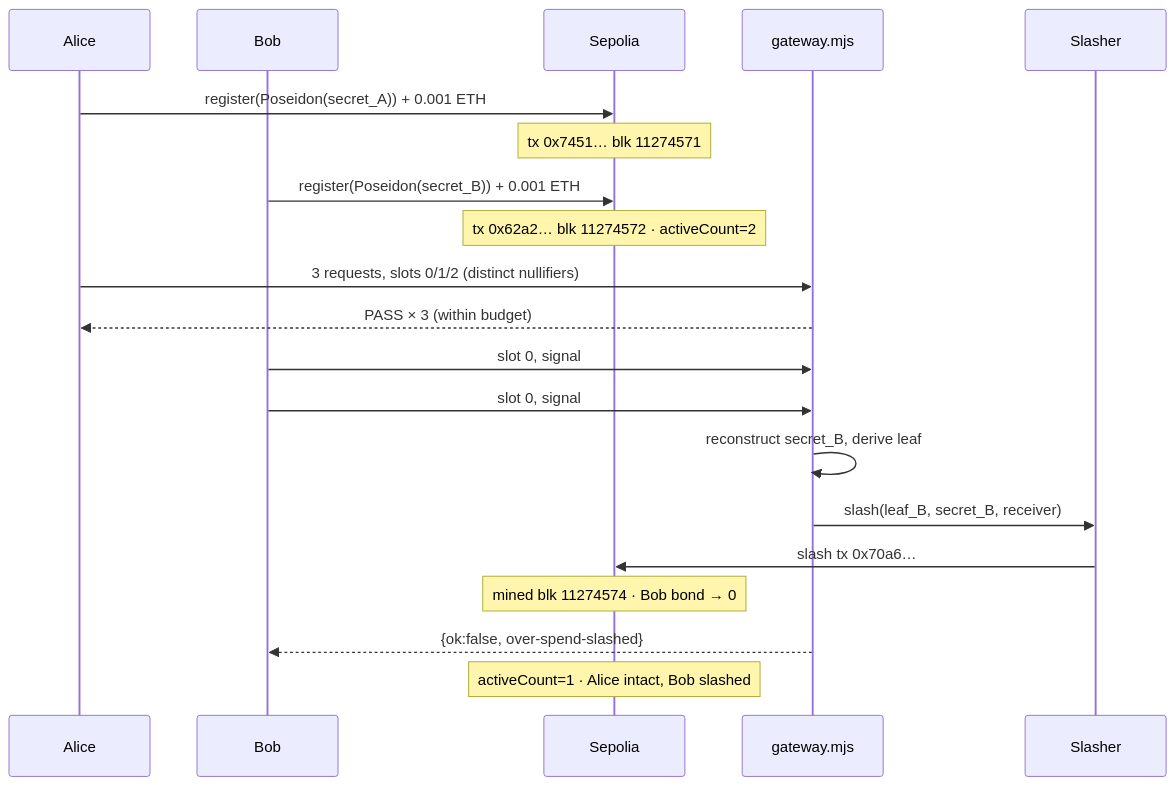
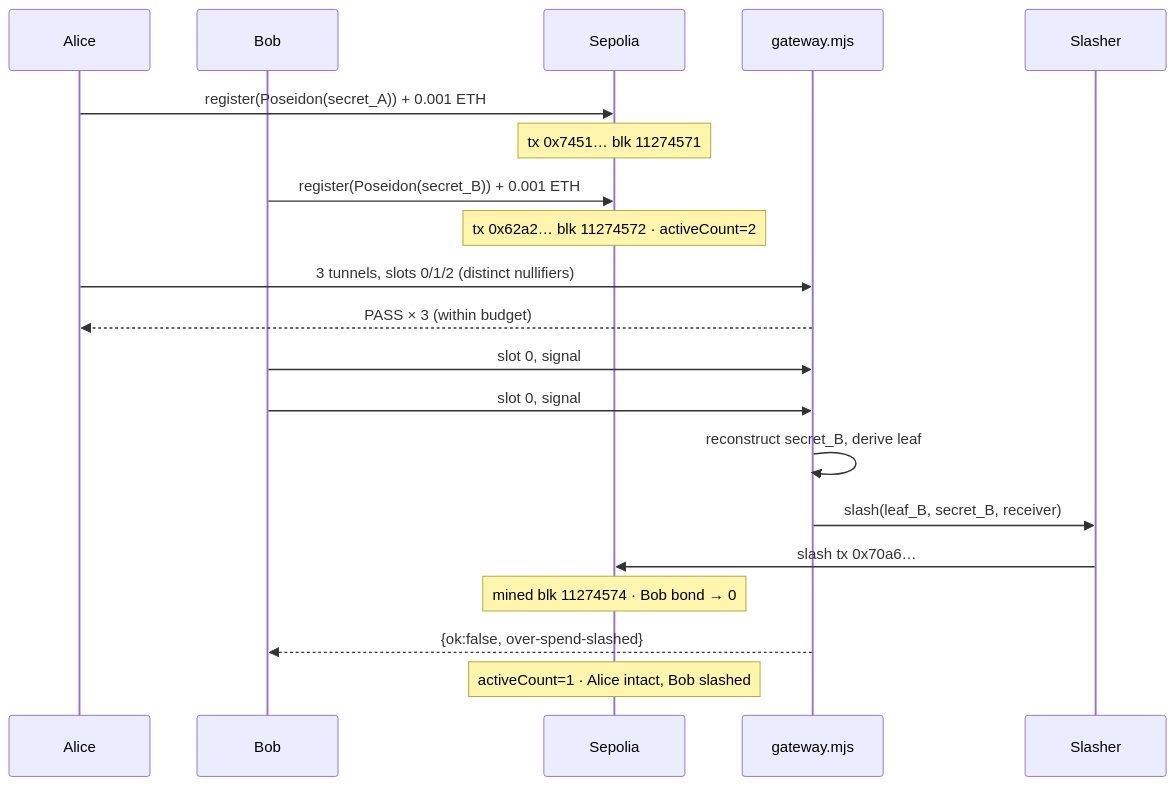
The third of 4 diagrams in network/sepolia/E2E-REPORT.md (Flocqst/shade-tree-node), drawn with Mermaid before and after one commit. The commit also changed other lines of this file and 91 other files, not shown here.

````diff
--- a/network/sepolia/E2E-REPORT.md
+++ b/network/sepolia/E2E-REPORT.md
@@ -173,23 +173,23 @@
 ```mermaid
 sequenceDiagram
     participant Alice
     participant Bob
     participant Chain as Sepolia
     participant GW as gateway.mjs
     participant Slasher
 
     Alice->>Chain: register(Poseidon(secret_A)) + 0.001 ETH
     Note over Chain: tx 0x7451… blk 11274571
     Bob->>Chain: register(Poseidon(secret_B)) + 0.001 ETH
     Note over Chain: tx 0x62a2… blk 11274572 · activeCount=2
-    Alice->>GW: 3 requests, slots 0/1/2 (distinct nullifiers)
+    Alice->>GW: 3 tunnels, slots 0/1/2 (distinct nullifiers)
     GW-->>Alice: PASS × 3 (within budget)
     Bob->>GW: slot 0, signal #1 → PASS (1 share held)
     Bob->>GW: slot 0, signal #2 (rate violation → 2nd share)
     GW->>GW: reconstruct secret_B, derive leaf
     GW->>Slasher: slash(leaf_B, secret_B, receiver)
     Slasher->>Chain: slash tx 0x70a6…
     Note over Chain: mined blk 11274574 · Bob bond → 0
     GW-->>Bob: {ok:false, over-spend-slashed}
     Note over Chain: activeCount=1 · Alice intact, Bob slashed
 ```
````
